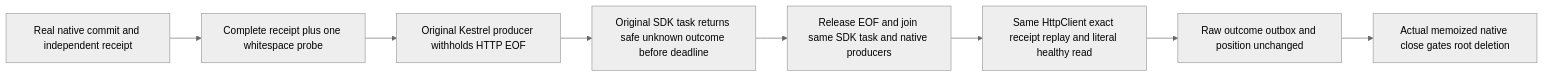
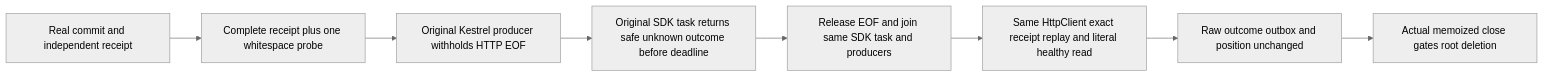
The diagram in docs/Features/ClientApi/SuccessfulResponseHeldEof.md (managedcode/KeyLoad), drawn with Mermaid (neutral theme) before and after one commit. The commit also changed other lines of this file and 9016 other files, not shown here.

````diff
--- a/docs/Features/ClientApi/SuccessfulResponseHeldEof.md
+++ b/docs/Features/ClientApi/SuccessfulResponseHeldEof.md
@@ -15,10 +15,10 @@
 ```mermaid
 flowchart LR
-    Commit[Real native commit and independent receipt] --> Prefix[Complete receipt plus one whitespace probe]
+    Commit[Real commit and independent receipt] --> Prefix[Complete receipt plus one whitespace probe]
     Prefix --> Hold[Original Kestrel producer withholds HTTP EOF]
     Hold --> Refuse[Original SDK task returns safe unknown outcome before deadline]
-    Refuse --> Join[Release EOF and join same SDK task and native producers]
+    Refuse --> Join[Release EOF and join same SDK task and producers]
     Join --> Replay[Same HttpClient exact receipt replay and literal healthy read]
     Replay --> Conserve[Raw outcome outbox and position unchanged]
-    Conserve --> Close[Actual memoized native close gates root deletion]
+    Conserve --> Close[Actual memoized close gates root deletion]
 ```
````
